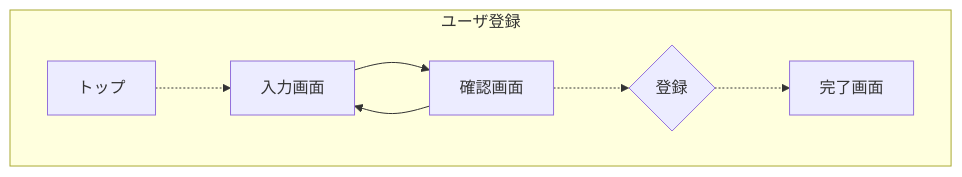
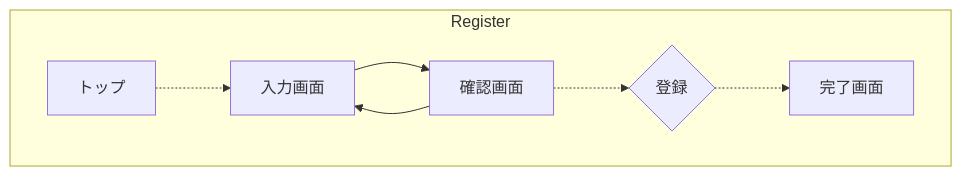
The diagram in doc/regist_flow.md (yse-yoo/my_shop_2024_ig21), drawn with Mermaid before and after one commit. The commit also changed 2 other files, not shown here.

````diff
--- a/doc/regist_flow.md
+++ b/doc/regist_flow.md
@@ -1,15 +1,15 @@
 ```mermaid
 flowchart TD
 
-subgraph ユーザ登録
+subgraph Register
 index[トップ]
 input[入力画面]
 confirm[確認画面]
 add{登録}
 complete[完了画面]
 
 index-.->input-->confirm-->input
 confirm-.->add-.->complete
 
 end
 ```
````
